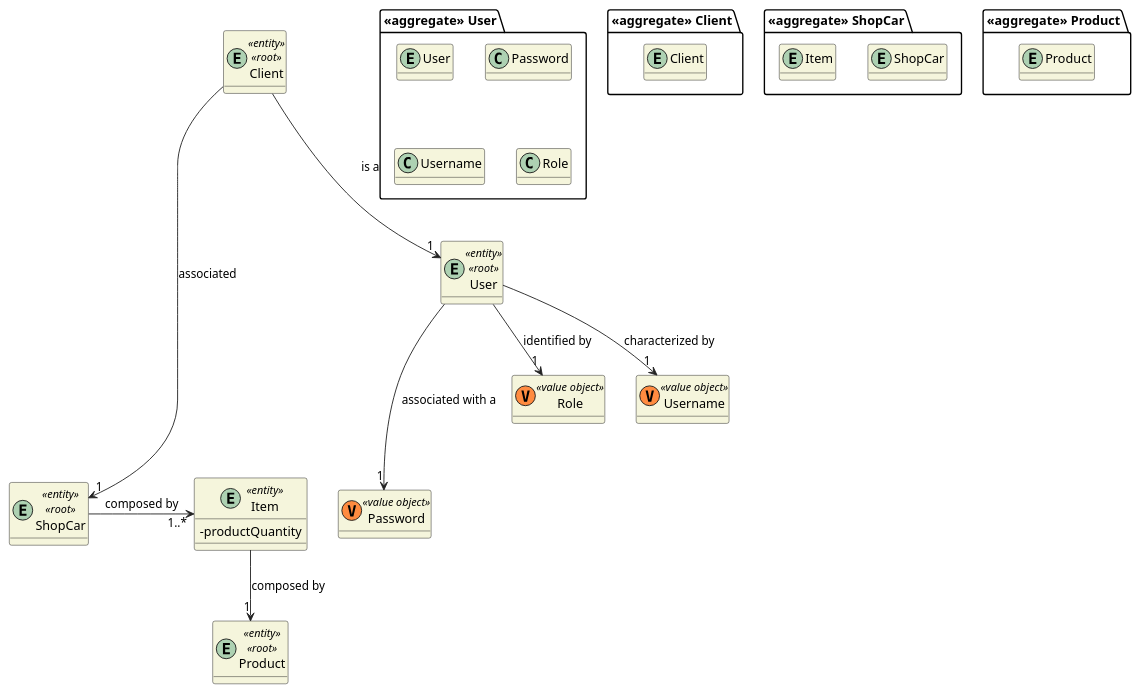
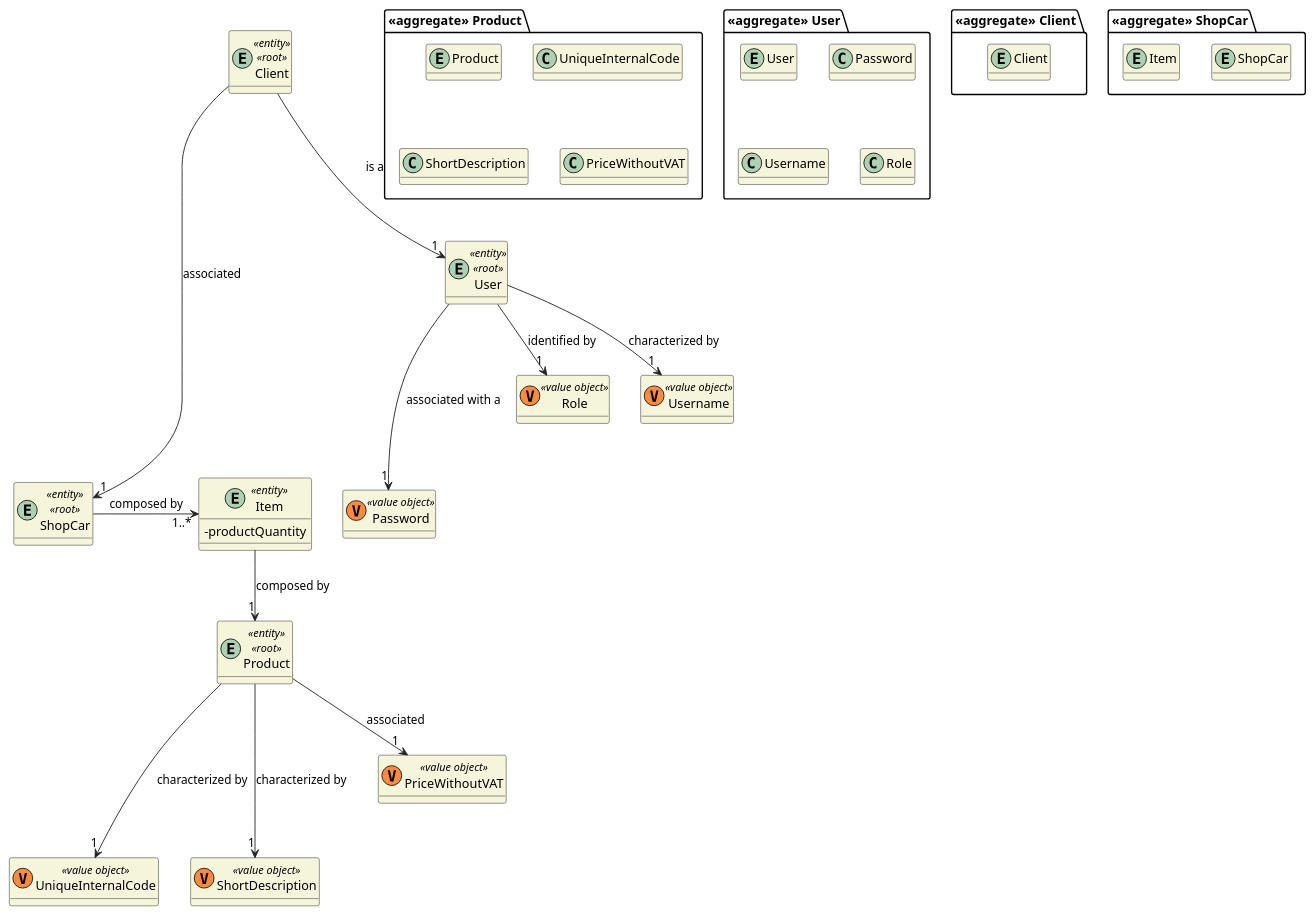
One commit to 0franciscor/lei21_22_s4_2de_01 changed the diagram in docs/1201386/US1501/DM_ShoppingCart.puml. Above: the diagram before and after it, drawn with PlantUML. The commit also changed 8 other files, not shown here.

```diff
--- a/docs/1201386/US1501/DM_ShoppingCart.puml
+++ b/docs/1201386/US1501/DM_ShoppingCart.puml
@@ -1,70 +1,82 @@
 @startuml
 'https://plantuml.com/class-diagram
 
 skinparam classAttributeIconSize 0
 hide empty attributes
 skinparam classBackgroundColor beige
 skinparam ArrowColor #222222
 
 
 
 package "<<aggregate>> Client" {
     entity Client
 }
 
 entity Client <<entity>> <<root>> {
 
 }
 
 
 entity Client <<entity>> <<root>> {
 
 }
 package "<<aggregate>> ShopCar"{
     entity ShopCar
     entity Item
 }
 
 entity ShopCar <<entity>> <<root>>{
 
 }
 entity Item <<entity>> {
     -productQuantity
 
 }
 package "<<aggregate>> Product"{
      entity Product
+     class UniqueInternalCode
+     class ShortDescription
+     class PriceWithoutVAT
 }
 
 entity Product <<entity>> <<root>> {
 
 }
 
 package "<<aggregate>> User" {
     entity User
     class Password
     class Username
     class Role
 }
+
+class UniqueInternalCode <<(V,#FF8B40) value object>> {}
+class ShortDescription <<(V,#FF8B40) value object>> {}
+class PriceWithoutVAT <<(V,#FF8B40) value object>> {}
+
 
 entity User <<entity>> <<root>> {
 
 }
 
 class Password <<(V,#FF8B40) value object>> {}
 class Role <<(V,#FF8B40) value object>> {}
 class Username <<(V,#FF8B40) value object>> {}
 
 
 User ---> "1" Password : associated with a
 User --> "1" Username : characterized by
 User --> "1" Role : identified by
 
 
 Client -----> "1" ShopCar : associated
 Client ---> "1" User : is a
 Item --> "1" Product : composed by
 ShopCar -> "1..*" Item : composed by
 
+Product ---> "1" ShortDescription: characterized by
+Product ---> "1" UniqueInternalCode: characterized by
+Product --> "1" PriceWithoutVAT: associated
+
 
 @enduml
```
